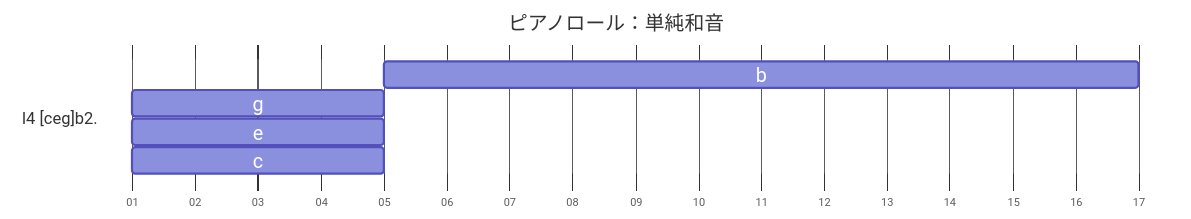
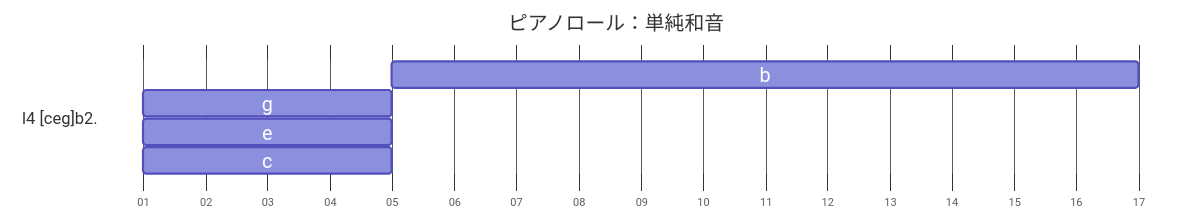
One commit to lineardrive/V3MMLmanual changed the second of 4 diagrams in docs/ch09/9_2.md. Above: the diagram before and after it, drawn with Mermaid. The commit also changed other lines of this file, not shown here.

````diff
--- a/docs/ch09/9_2.md
+++ b/docs/ch09/9_2.md
@@ -57,29 +57,29 @@
 ```mermaid
 ---
 config:
   themeCSS: >-
     .tick text { display: none; }
   themeVariables:
     excludeBkgColor: "transparent"
     sectionBkgColor: "#fff"
   gantt:
     topPadding: 64
     titleTopMargin: 35
     barHeight: 24
     barGap: 2
     fontSize: 18
     sectionFontSize: 15
-    leftPadding: 110
+    leftPadding: 120
 ---
 gantt
     title ピアノロール：単純和音
     dateFormat YYYY-MM-DD
     tickInterval 1day
     axisFormat %d
 
     section l4 [ceg]b2.
         b :  t4,   after t1, 12d
         g :  t3, 2025-01-01, 4d
         e :  t2, 2025-01-01, 4d
         c :  t1, 2025-01-01, 4d
 ```
````
